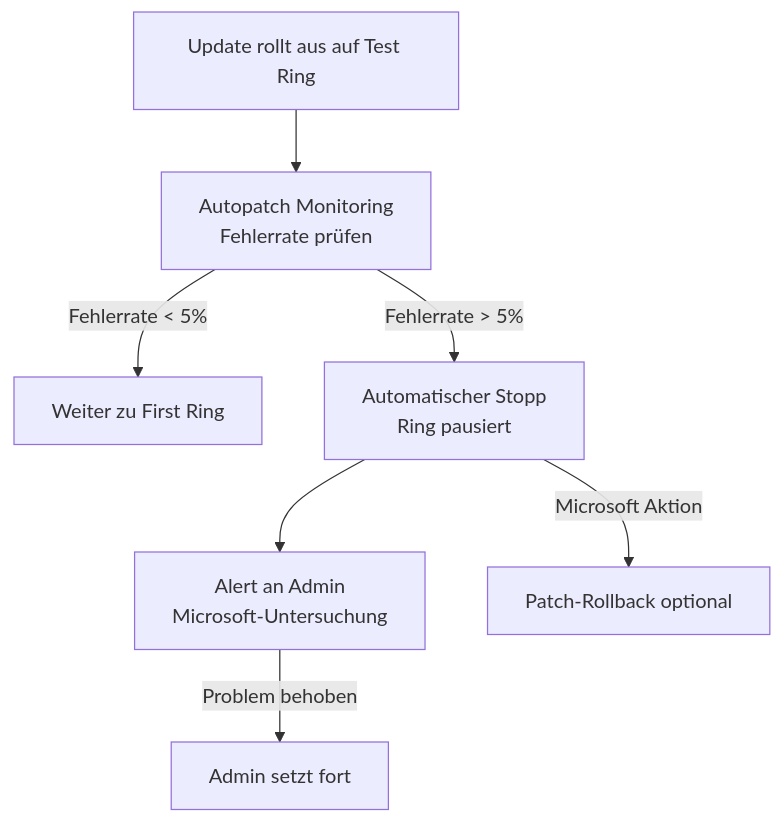
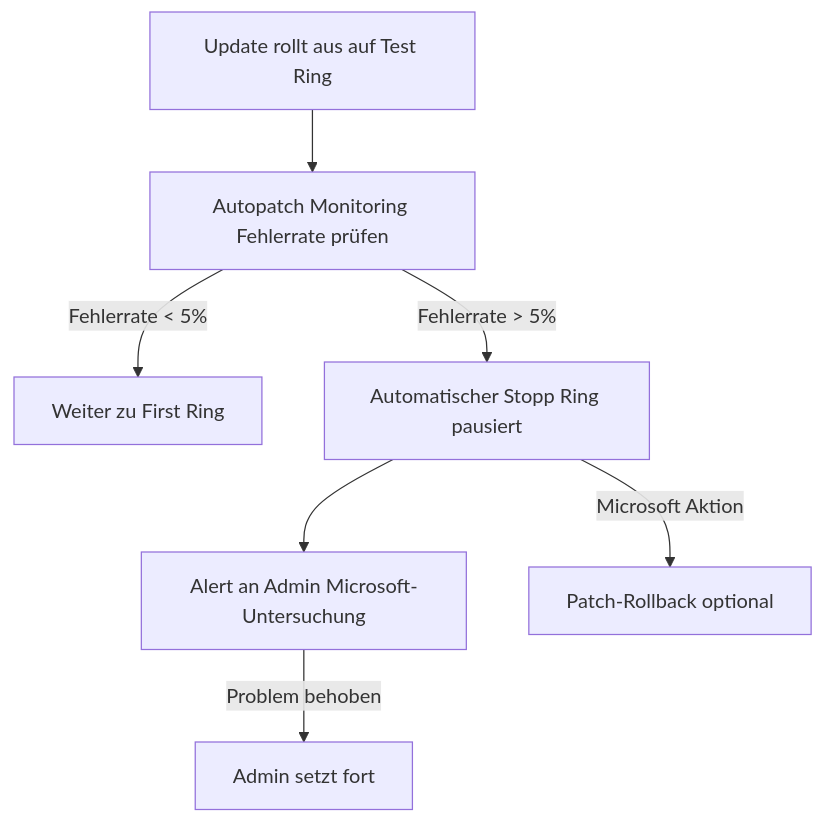
Before and after one commit to SoniiiT/notes-n-docs: the second of 2 diagrams in Microsoft 365/Intune Suite/Microsoft Autopatch.md, drawn with Mermaid. The commit also changed other lines of this file and 124 other files, not shown here.

First line of the commit message:
fix: Entferne \n aus allen Mermaid-Diagrammen (125 Dateien)

````diff
--- a/Microsoft 365/Intune Suite/Microsoft Autopatch.md
+++ b/Microsoft 365/Intune Suite/Microsoft Autopatch.md
@@ -246,9 +246,9 @@
 ```mermaid
 graph TD
-    DEPLOY[Update rollt aus auf Test Ring] --> MONITOR[Autopatch Monitoring\nFehlerrate prüfen]
+    DEPLOY[Update rollt aus auf Test Ring] --> MONITOR[Autopatch Monitoring Fehlerrate prüfen]
     MONITOR -->|Fehlerrate < 5%| CONTINUE[Weiter zu First Ring]
-    MONITOR -->|Fehlerrate > 5%| PAUSE[Automatischer Stopp\nRing pausiert]
-    PAUSE --> ALERT[Alert an Admin\nMicrosoft-Untersuchung]
+    MONITOR -->|Fehlerrate > 5%| PAUSE[Automatischer Stopp Ring pausiert]
+    PAUSE --> ALERT[Alert an Admin Microsoft-Untersuchung]
     ALERT -->|Problem behoben| RESUME[Admin setzt fort]
     PAUSE -->|Microsoft Aktion| ROLLBACK[Patch-Rollback optional]
 ```
````
